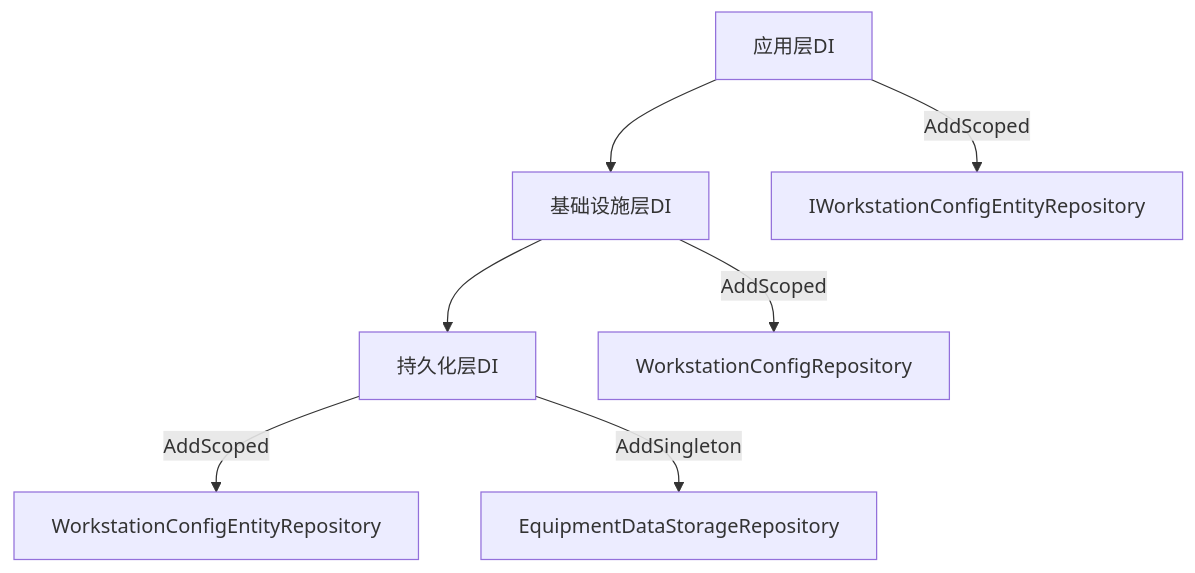
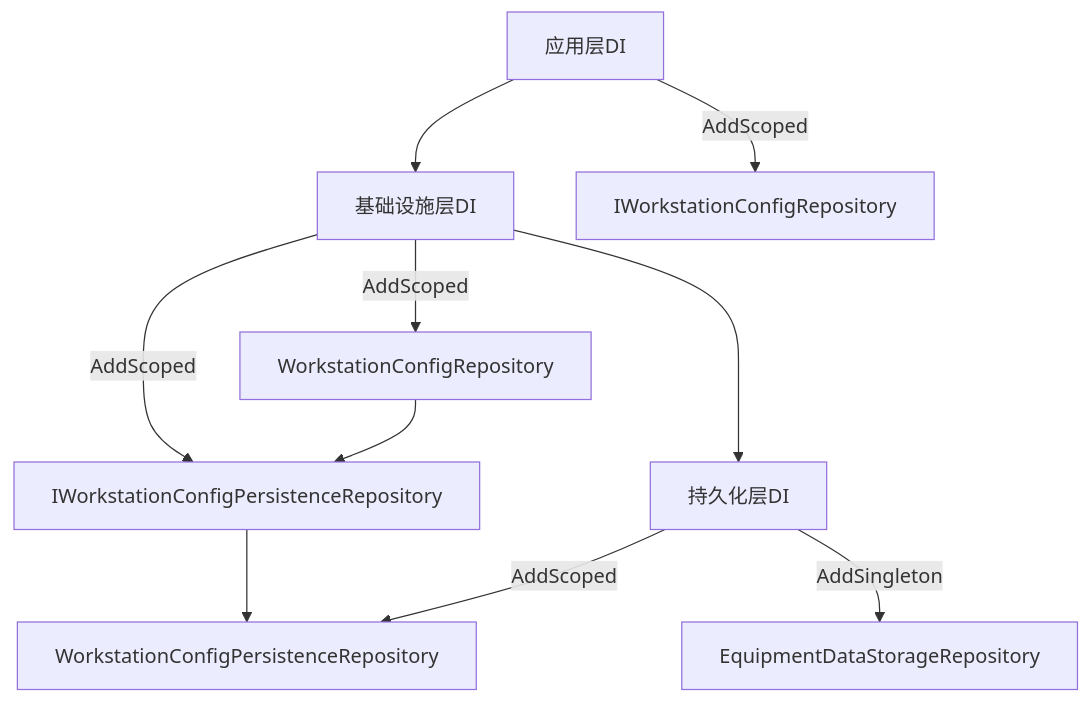
Before and after one commit to whitemousetl/IndustrialDataSolution: the sixth of 6 diagrams in .qoder/repowiki/zh/content/数据持久化/仓储模式实现.md, drawn with Mermaid. The commit also changed other lines of this file and 13 other files, not shown here.

````diff
--- a/.qoder/repowiki/zh/content/数据持久化/仓储模式实现.md
+++ b/.qoder/repowiki/zh/content/数据持久化/仓储模式实现.md
@@ -340,9 +340,12 @@
 ```mermaid
 graph TB
 AppDI["应用层DI"] --> InfraDI["基础设施层DI"]
 InfraDI --> ImplDI["持久化层DI"]
-AppDI --> |"AddScoped"| IWSRepo["IWorkstationConfigEntityRepository"]
+AppDI --> |"AddScoped"| IWSRepo["IWorkstationConfigRepository"]
 InfraDI --> |"AddScoped"| WSRepoImpl["WorkstationConfigRepository"]
-ImplDI --> |"AddScoped"| WSRepoImpl2["WorkstationConfigEntityRepository"]
+InfraDI --> |"AddScoped"| WSPersistenceRepo["IWorkstationConfigPersistenceRepository"]
+WSRepoImpl --> WSPersistenceRepo
+WSPersistenceRepo --> WSRepoImpl2["WorkstationConfigPersistenceRepository"]
+ImplDI --> |"AddScoped"| WSRepoImpl2
 ImplDI --> |"AddSingleton"| EqRepoImpl["EquipmentDataStorageRepository"]
 ```
````
